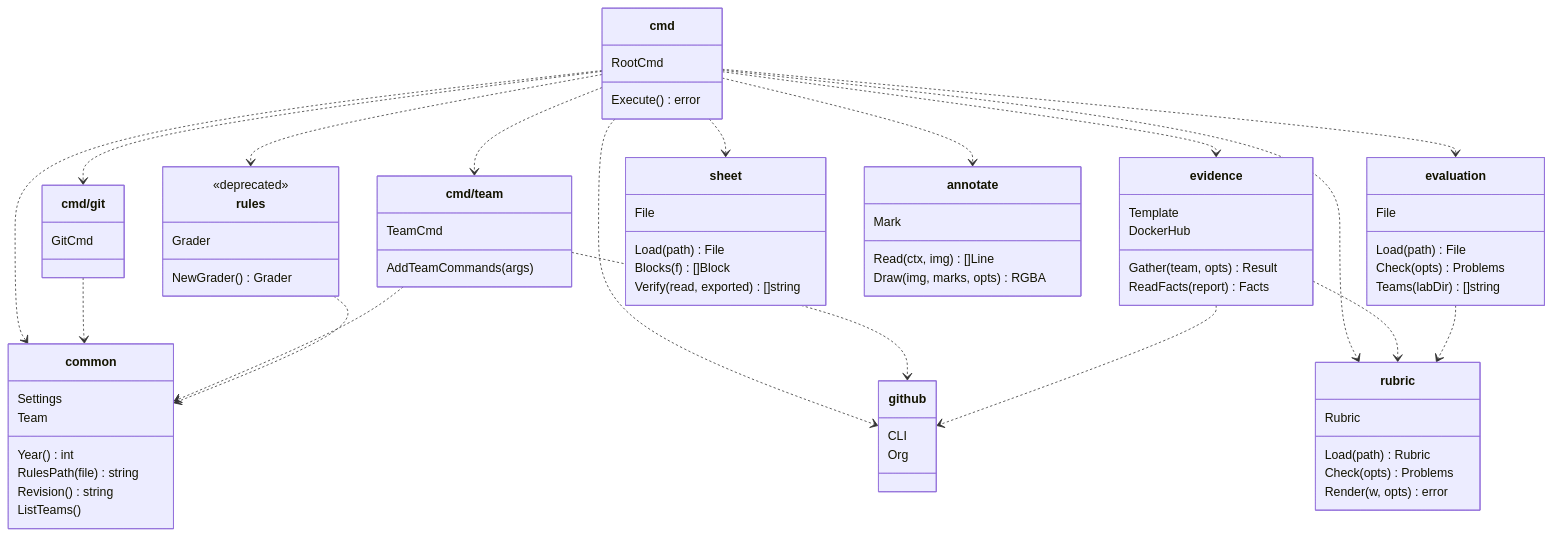
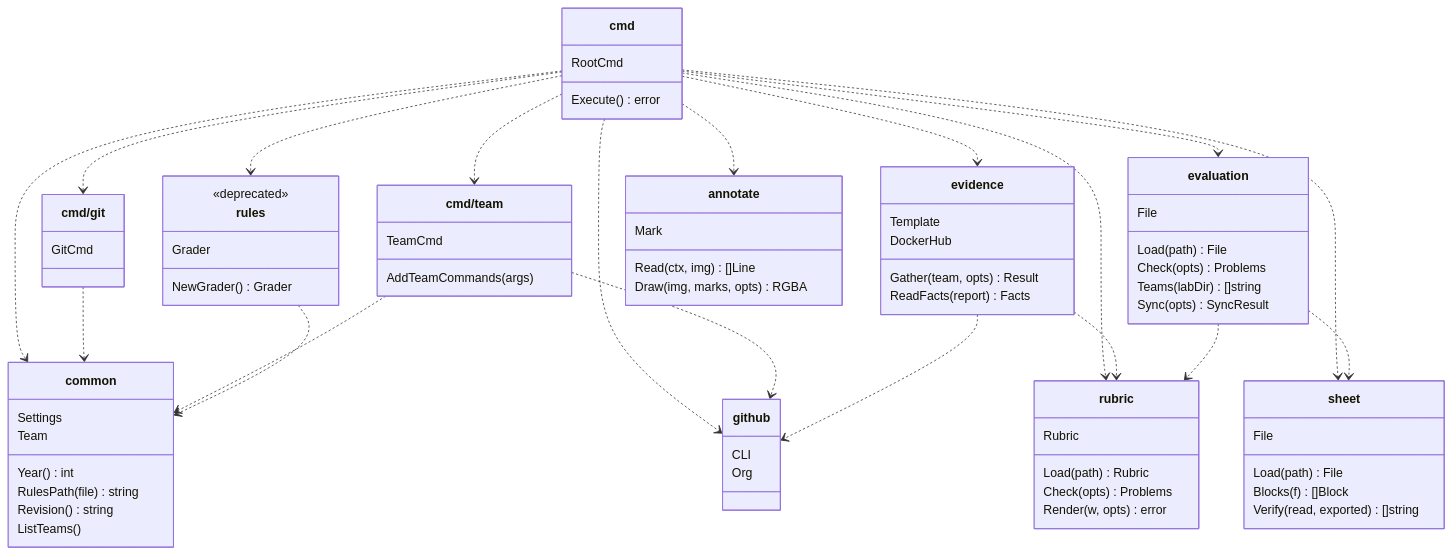
One commit to mincong-classroom/mc changed the diagram in CONTRIBUTING.md. Above: the diagram before and after it, drawn with Mermaid. The commit also changed other lines of this file and 16 other files, not shown here.

Commit message:
Compute the cells of the evaluations of a lab for the evaluation sheet with mc eval sync (#35)

````diff
--- a/CONTRIBUTING.md
+++ b/CONTRIBUTING.md
@@ -9,78 +9,80 @@
 ```mermaid
 classDiagram
     direction TB
     class cmd {
         RootCmd
         Execute() error
     }
     class cmd_git["cmd/git"] {
         GitCmd
     }
     class cmd_team["cmd/team"] {
         TeamCmd
         AddTeamCommands(args)
     }
     class rules {
         <<deprecated>>
         Grader
         NewGrader() Grader
     }
     class common {
         Settings
         Team
         Year() int
         RulesPath(file) string
         Revision() string
         ListTeams()
     }
     class github {
         CLI
         Org
     }
     class rubric {
         Rubric
         Load(path) Rubric
         Check(opts) Problems
         Render(w, opts) error
     }
     class evidence {
         Gather(team, opts) Result
         ReadFacts(report) Facts
         Template
         DockerHub
     }
     class evaluation {
         File
         Load(path) File
         Check(opts) Problems
         Teams(labDir) []string
+        Sync(opts) SyncResult
     }
     class sheet {
         File
         Load(path) File
         Blocks(f) []Block
         Verify(read, exported) []string
     }
     class annotate {
         Mark
         Read(ctx, img) []Line
         Draw(img, marks, opts) RGBA
     }
     cmd ..> cmd_git
     cmd ..> cmd_team
     cmd ..> rules
     cmd ..> common
     cmd ..> evidence
     cmd ..> evaluation
     cmd ..> annotate
     cmd ..> sheet
     cmd ..> github
     cmd ..> rubric
     cmd_git ..> common
     cmd_team ..> common
     cmd_team ..> github
     rules ..> common
     evidence ..> github
     evidence ..> rubric
     evaluation ..> rubric
+    evaluation ..> sheet
 ```
````
